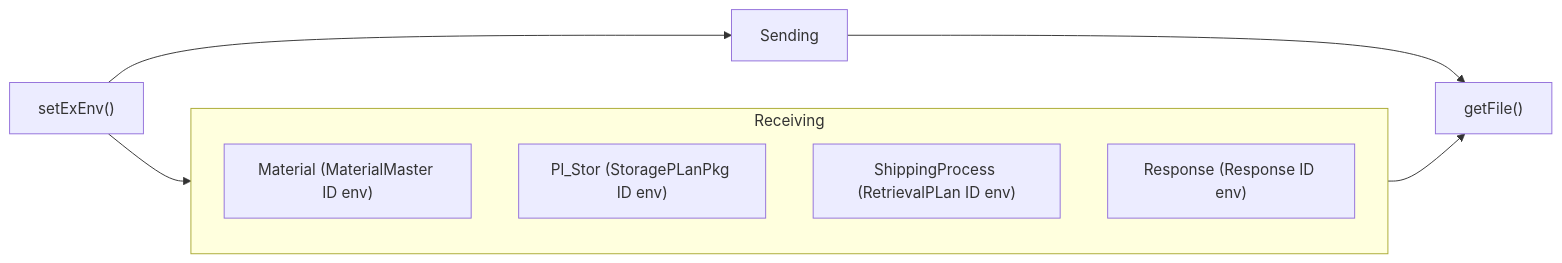
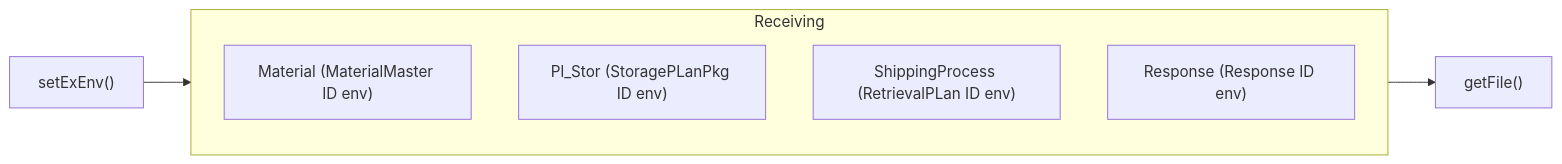
Before and after one commit to luthfiadityaa/SimeDarby-Wiki: the sixth of 9 diagrams in Basic-Design/Host-Interfaces/Receive-Method.md, drawn with Mermaid.

Commit message:
Updated Receive Method

```diff
--- a/Basic-Design/Host-Interfaces/Receive-Method.md
+++ b/Basic-Design/Host-Interfaces/Receive-Method.md
@@ -325,14 +325,13 @@
 ::: mermaid
 flowchart LR
  E1["getFile()"]
  C1["setExEnv()"]  
  C1 --> Receiving --> E1
- C1 --> Sending --> E1
 
 subgraph Receiving
  C21["Material (MaterialMaster ID env)"]
  C22["Pl_Stor (StoragePLanPkg ID env)"] 
  C23["ShippingProcess (RetrievalPLan ID env)"] 
  C24["Response (Response ID env)"]
 end
 :::
```
